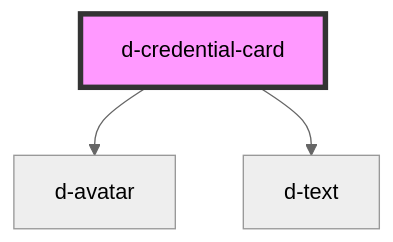
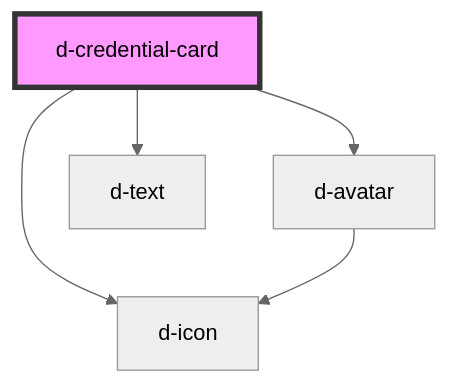
Before and after one commit to ForkbombEu/didroom-components: the diagram in src/components/credential-card/readme.md, drawn with Mermaid (neutral theme). The commit also changed other lines of this file and 146 other files, not shown here.

````diff
--- a/src/components/credential-card/readme.md
+++ b/src/components/credential-card/readme.md
@@ -29,6 +30,8 @@
 ```mermaid
 graph TD;
   d-credential-card --> d-avatar
   d-credential-card --> d-text
+  d-credential-card --> d-icon
+  d-avatar --> d-icon
   style d-credential-card fill:#f9f,stroke:#333,stroke-width:4px
 ```
````
